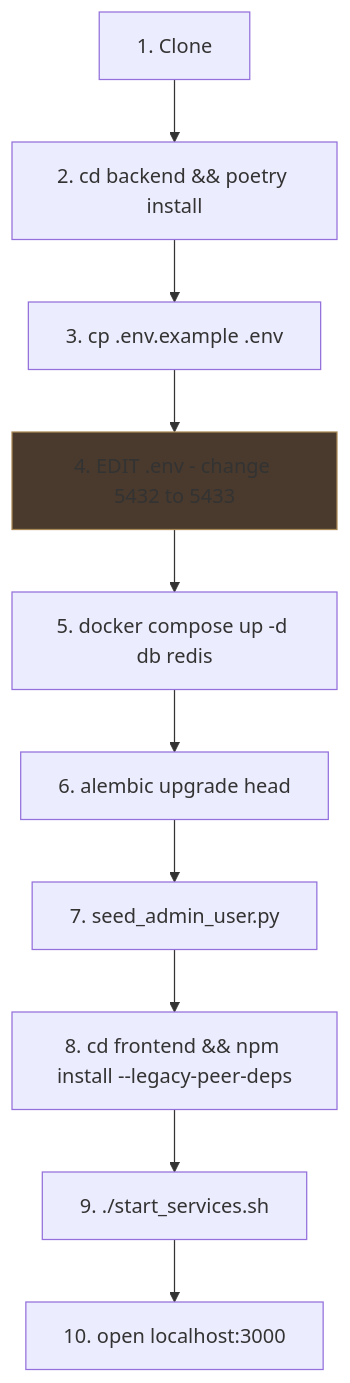
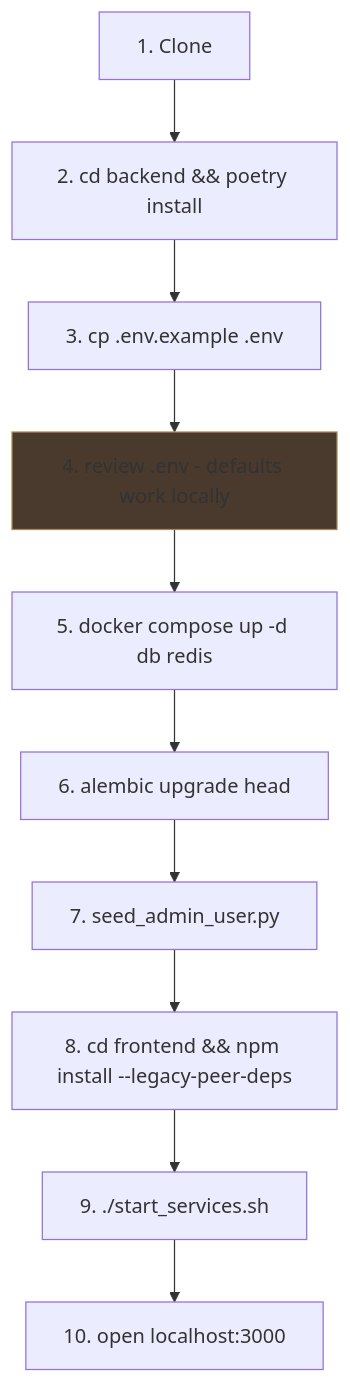
One commit to gondolerahul/hire-buddha-app changed the second of 7 diagrams in docs/current/20-onboarding-and-glossary.md. Above: the diagram before and after it, drawn with Mermaid. The commit also changed other lines of this file and 61 other files, not shown here.

````diff
--- a/docs/current/20-onboarding-and-glossary.md
+++ b/docs/current/20-onboarding-and-glossary.md
@@ -66,14 +66,14 @@
 ```mermaid
 flowchart TD
     A["1. Clone"] --> B["2. cd backend && poetry install"]
     B --> C["3. cp .env.example .env"]
-    C --> C2["4. EDIT .env - change 5432 to 5433"]
+    C --> C2["4. review .env - defaults work locally"]
     C2 --> D["5. docker compose up -d db redis"]
     D --> E["6. alembic upgrade head"]
     E --> F["7. seed_admin_user.py"]
     F --> G["8. cd frontend && npm install --legacy-peer-deps"]
     G --> H["9. ./start_services.sh"]
     H --> I["10. open localhost:3000"]
 
     style C2 fill:#4a3a2d,stroke:#a85
 ```
````
